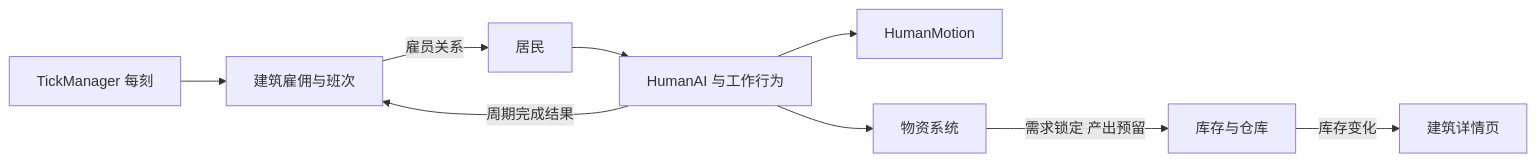
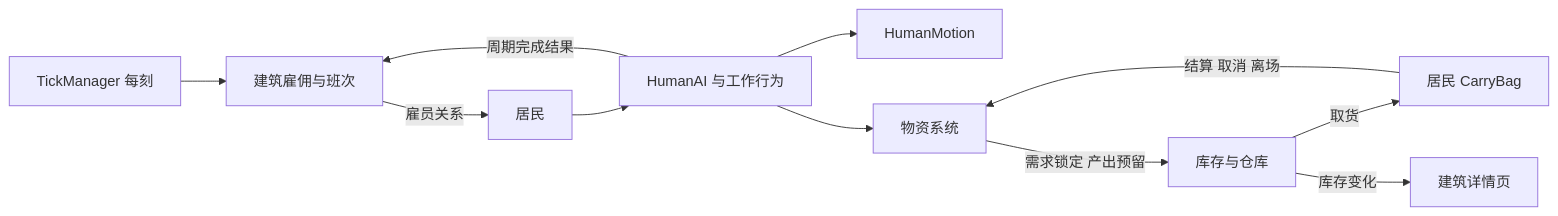
The diagram in Docs/v0.0.1.4(物质系统与雇佣工作机制)/设计/01-总体架构与职责.md (Boring-Coils/new-world), drawn with Mermaid before and after one commit. The commit also changed other lines of this file and 30 other files, not shown here.

````diff
--- a/Docs/v0.0.1.4(物质系统与雇佣工作机制)/设计/01-总体架构与职责.md
+++ b/Docs/v0.0.1.4(物质系统与雇佣工作机制)/设计/01-总体架构与职责.md
@@ -59,11 +63,13 @@
 ```mermaid
 flowchart LR
     Tick[TickManager 每刻] --> Build[建筑雇佣与班次]
     Build -->|雇员关系| Human[居民]
     Human --> AI[HumanAI 与工作行为]
     AI --> Motion[HumanMotion]
     AI --> Material[物资系统]
     Material -->|需求锁定 产出预留| Storage[库存与仓库]
+    Storage -->|取货| Bag[居民 CarryBag]
+    Bag -->|结算 取消 离场| Material
     AI -->|周期完成结果| Build
     Storage -->|库存变化| UI[建筑详情页]
 ```
````
